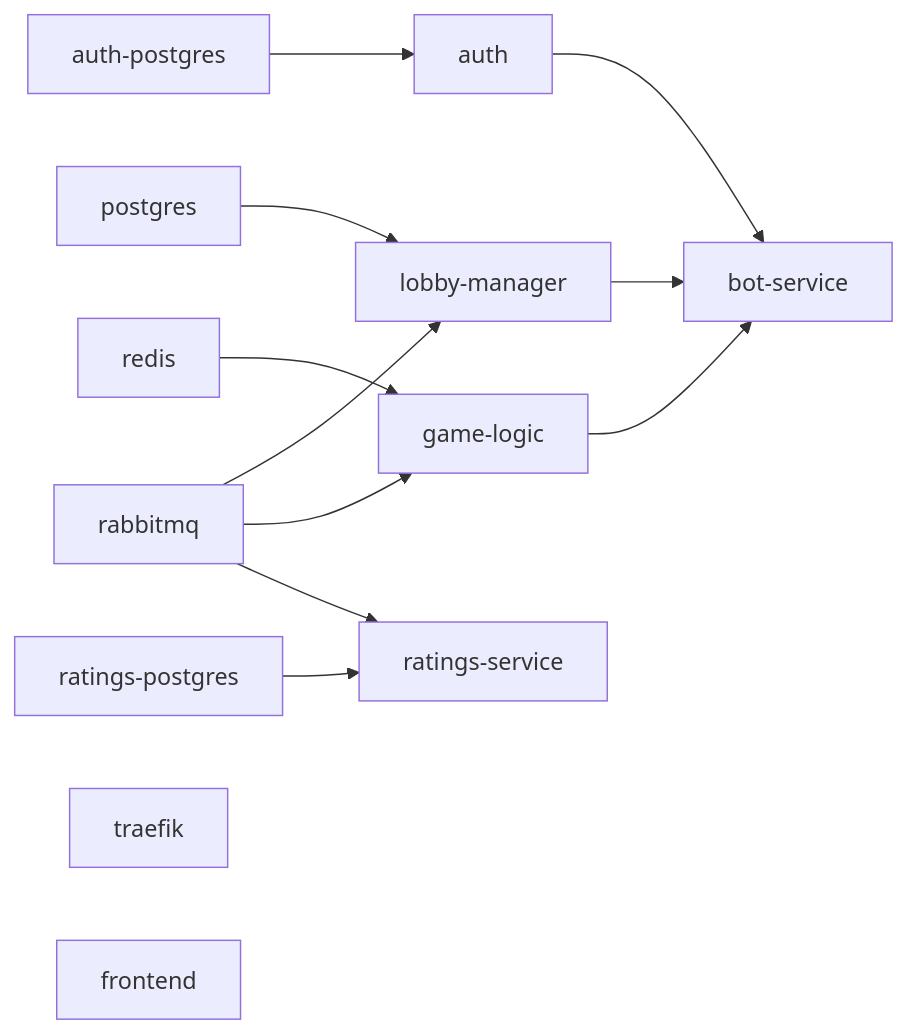
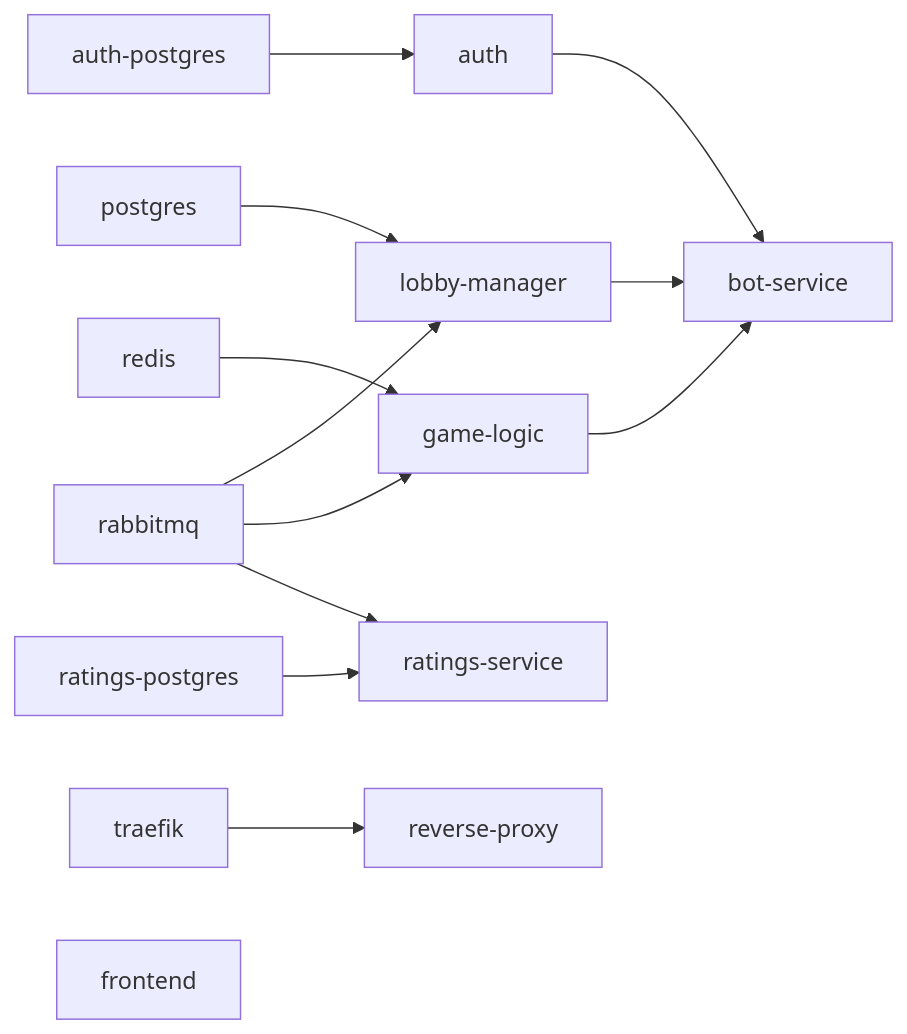
The second of 2 diagrams in docs/deployment-view.md (soetgdeznsgk/ArchSoft-Group1F), drawn with Mermaid before and after one commit. The commit also changed other lines of this file and 43 other files, not shown here.

Commit message:
Reverse Proxy (escenario 2): Nginx delante de Traefik

````diff
--- a/docs/deployment-view.md
+++ b/docs/deployment-view.md
@@ -285,15 +302,15 @@
 ```mermaid
 flowchart LR
   APG[auth-postgres] --> AUTH[auth]
   PG[postgres] --> LOBBY[lobby-manager]
   MQ[rabbitmq] --> LOBBY
   RD[redis] --> GAME[game-logic]
   MQ --> GAME
   AUTH --> BOT[bot-service]
   LOBBY --> BOT
   GAME --> BOT
   RPG[ratings-postgres] --> RAT[ratings-service]
   MQ --> RAT
-  TR[traefik]
+  TR[traefik] --> RP[reverse-proxy]
   FE[frontend]
 ```
````
